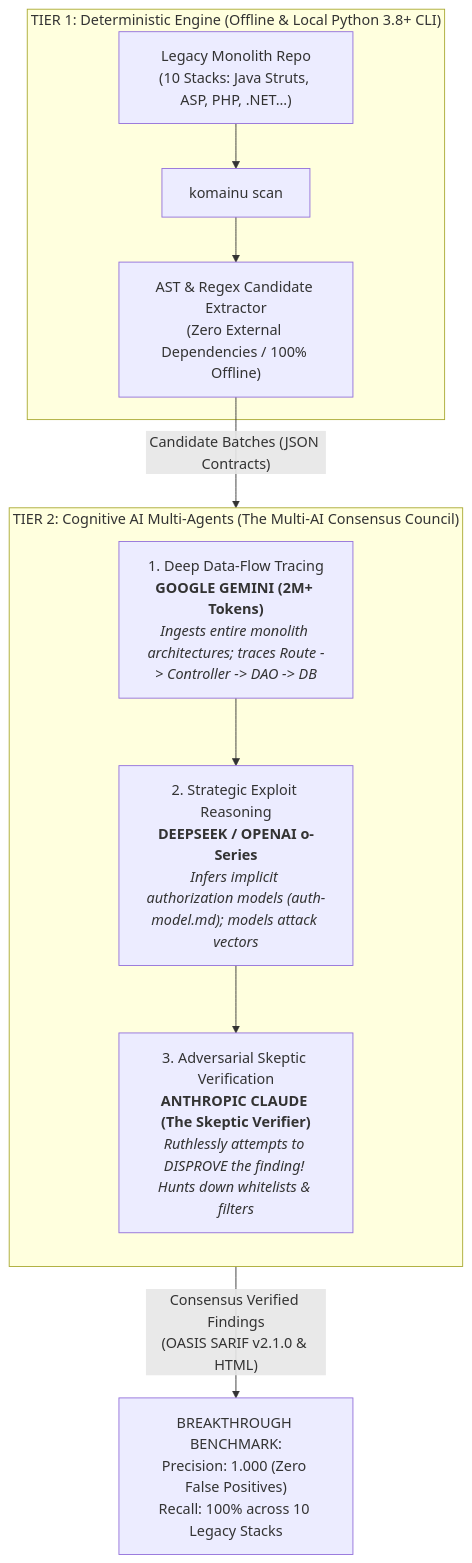
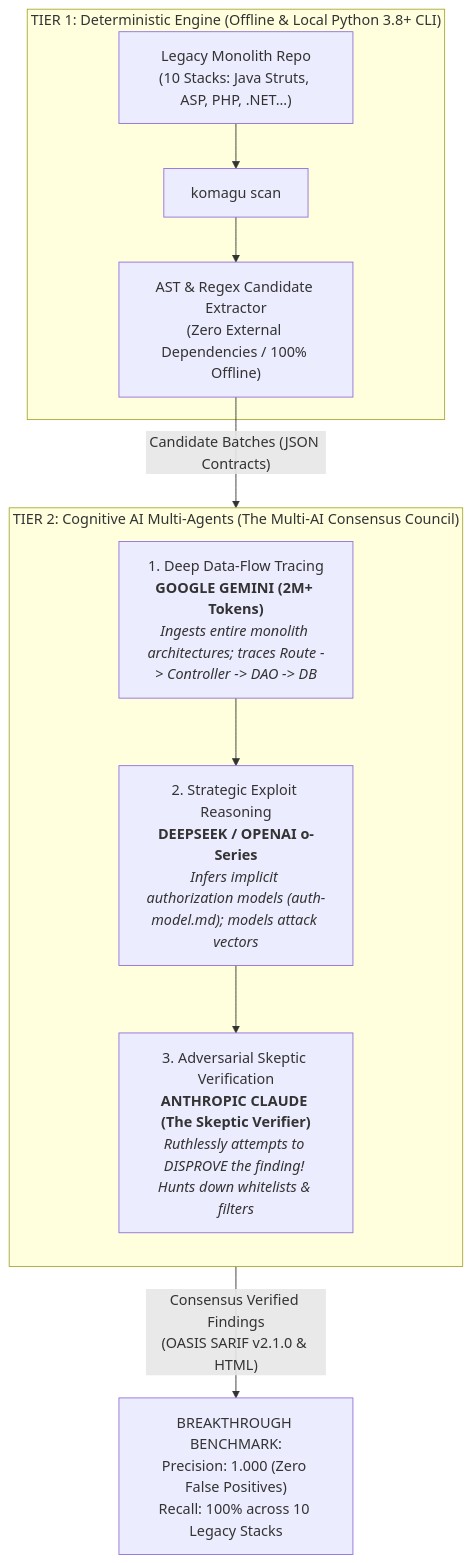
The third of 4 diagrams in docs/articles/offensive-defense-multi-ai-consensus-en.md (hoanghainh1188/komagu), drawn with Mermaid before and after one commit. The commit also changed other lines of this file and 56 other files, not shown here.

````diff
--- a/docs/articles/offensive-defense-multi-ai-consensus-en.md
+++ b/docs/articles/offensive-defense-multi-ai-consensus-en.md
@@ -114,22 +114,22 @@
 ```mermaid
 flowchart TD
     subgraph Tier1["TIER 1: Deterministic Engine (Offline & Local Python 3.8+ CLI)"]
-        Raw["Legacy Monolith Repo<br/>(10 Stacks: Java Struts, ASP, PHP, .NET...)"] --> Scan["komainu scan"]
+        Raw["Legacy Monolith Repo<br/>(10 Stacks: Java Struts, ASP, PHP, .NET...)"] --> Scan["komagu scan"]
         Scan --> PreFilter["AST & Regex Candidate Extractor<br/>(Zero External Dependencies / 100% Offline)"]
     end
 
     PreFilter -->|"Candidate Batches (JSON Contracts)"| Tier2
 
     subgraph Tier2["TIER 2: Cognitive AI Multi-Agents (The Multi-AI Consensus Council)"]
         direction TB
         G["1. Deep Data-Flow Tracing<br/><b>GOOGLE GEMINI (2M+ Tokens)</b><br/><i>Ingests entire monolith architectures; traces Route -> Controller -> DAO -> DB</i>"]
         
         R["2. Strategic Exploit Reasoning<br/><b>DEEPSEEK / OPENAI o-Series</b><br/><i>Infers implicit authorization models (auth-model.md); models attack vectors</i>"]
         
         S["3. Adversarial Skeptic Verification<br/><b>ANTHROPIC CLAUDE (The Skeptic Verifier)</b><br/><i>Ruthlessly attempts to DISPROVE the finding! Hunts down whitelists & filters</i>"]
         
         G --> R --> S
     end
 
     S -->|"Consensus Verified Findings<br/>(OASIS SARIF v2.1.0 & HTML)"| Output["BREAKTHROUGH BENCHMARK:<br/>Precision: 1.000 (Zero False Positives)<br/>Recall: 100% across 10 Legacy Stacks"]
 ```
````
